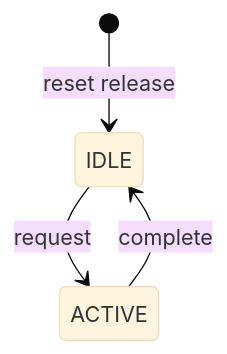
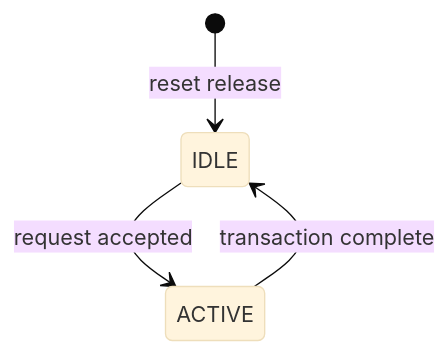
Before and after one commit to XS-MLVP/spec_generator: the second of 2 diagrams in templates/chip-design-document/chip_design_document_template_zh.md, drawn with Mermaid (base theme). The commit also changed other lines of this file and 13 other files, not shown here.

````diff
--- a/templates/chip-design-document/chip_design_document_template_zh.md
+++ b/templates/chip-design-document/chip_design_document_template_zh.md
@@ -127,6 +153,6 @@
 ```mermaid
 stateDiagram-v2
     [*] --> IDLE: reset release
-    IDLE --> ACTIVE: request
-    ACTIVE --> IDLE: complete
+    IDLE --> ACTIVE: request accepted
+    ACTIVE --> IDLE: transaction complete
 ```
````
